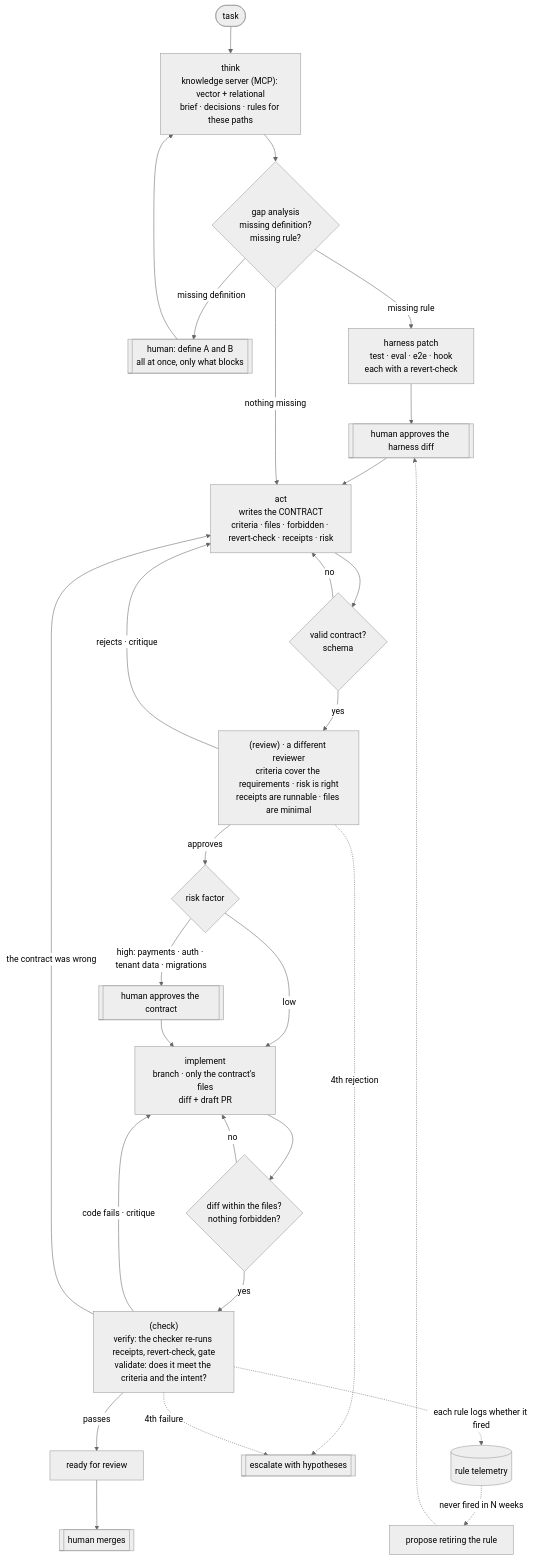
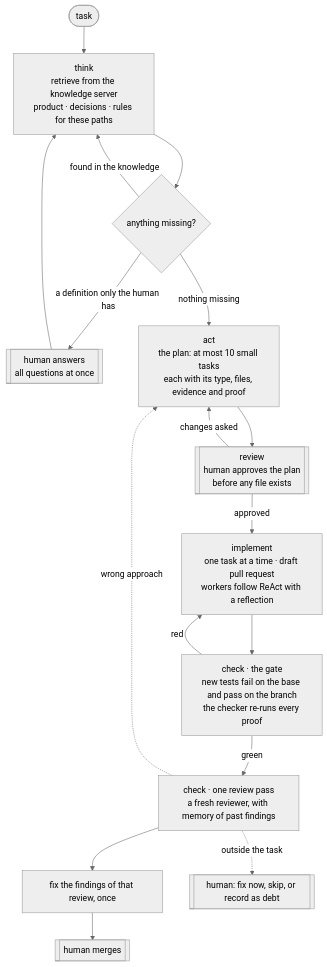
The second of 2 diagrams in README.md (jacm80/typedspec), drawn with Mermaid (neutral theme) before and after one commit. The commit also changed other lines of this file and 6 other files, not shown here.

First line of the commit message:
docs: the graph as practised, the invariants, and the practices it stands on

````diff
--- a/README.md
+++ b/README.md
@@ -95,32 +107,19 @@
 ```mermaid
 flowchart TD
-  REQ([task]) --> T["think<br/>knowledge server (MCP): vector + relational<br/>brief · decisions · rules for these paths"]
-  T --> GAP{"gap analysis<br/>missing definition?<br/>missing rule?"}
-  GAP -->|missing definition| GUIDE[["human: define A and B<br/>all at once, only what blocks"]]
-  GUIDE --> T
-  GAP -->|missing rule| H["harness patch<br/>test · eval · e2e · hook<br/>each with a revert-check"]
-  H --> OWN0[["human approves the harness diff"]]
-  OWN0 --> A
-  GAP -->|nothing missing| A
-  A["act<br/>writes the CONTRACT<br/>criteria · files · forbidden · revert-check · receipts · risk"]
-  A --> G1{"valid contract?<br/>schema"}
-  G1 -->|no| A
-  G1 -->|yes| R["(review) · a different reviewer<br/>criteria cover the requirements · risk is right<br/>receipts are runnable · files are minimal"]
-  R -->|rejects · critique| A
-  R -->|approves| RISK{"risk factor"}
-  RISK -->|high: payments · auth · tenant data · migrations| OWN1[["human approves the contract"]]
-  RISK -->|low| I
-  OWN1 --> I["implement<br/>branch · only the contract's files<br/>diff + draft PR"]
-  I --> G2{"diff within the files?<br/>nothing forbidden?"}
-  G2 -->|no| I
-  G2 -->|yes| C["(check)<br/>verify: the checker re-runs receipts, revert-check, gate<br/>validate: does it meet the criteria and the intent?"]
-  C -->|code fails · critique| I
-  C -->|the contract was wrong| A
-  C -->|passes| READY["ready for review"]
-  READY --> OWN2[["human merges"]]
-  R -. 4th rejection .-> ESC[["escalate with hypotheses"]]
-  C -. 4th failure .-> ESC
-  C -. each rule logs whether it fired .-> TEL[("rule telemetry")]
-  TEL -. never fired in N weeks .-> RET["propose retiring the rule"]
-  RET -.-> OWN0
+  REQ([task]) --> T["think<br/>retrieve from the knowledge server<br/>product · decisions · rules for these paths"]
+  T --> GAP{"anything missing?"}
+  GAP -->|found in the knowledge| T
+  GAP -->|a definition only the human has| ASK[["human answers<br/>all questions at once"]]
+  ASK --> T
+  GAP -->|nothing missing| A["act<br/>the plan: at most 10 small tasks<br/>each with its type, files, evidence and proof"]
+  A --> R[["review<br/>human approves the plan<br/>before any file exists"]]
+  R -->|changes asked| A
+  R -->|approved| I["implement<br/>one task at a time · draft pull request<br/>workers follow ReAct with a reflection"]
+  I --> C["check · the gate<br/>new tests fail on the base and pass on the branch<br/>the checker re-runs every proof"]
+  C -->|red| I
+  C -->|green| RV["check · one review pass<br/>a fresh reviewer, with memory of past findings"]
+  RV --> F["fix the findings of that review, once"]
+  F --> M[["human merges"]]
+  RV -. wrong approach .-> A
+  RV -. outside the task .-> D[["human: fix now, skip, or record as debt"]]
 ```
````
